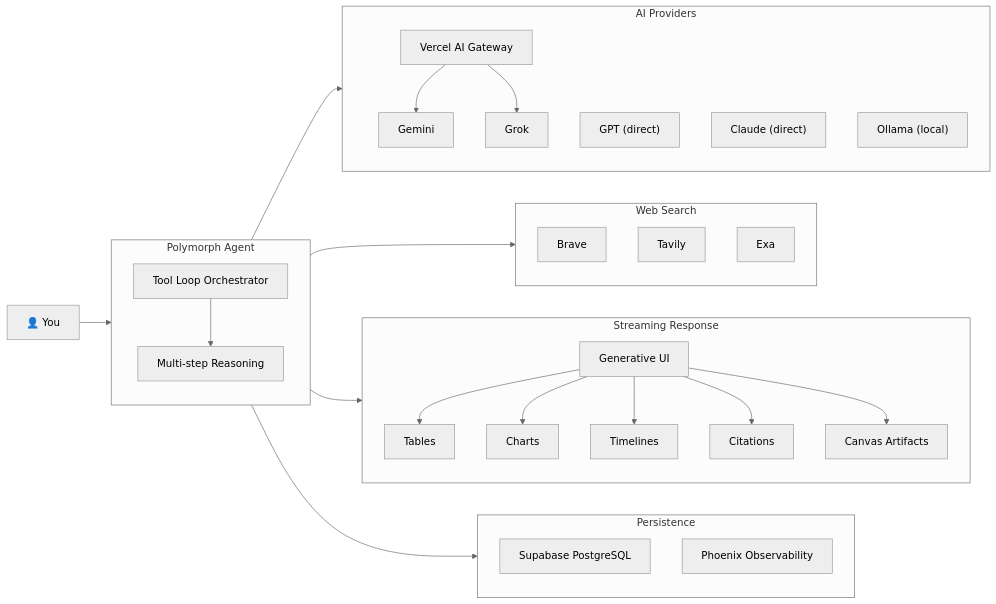
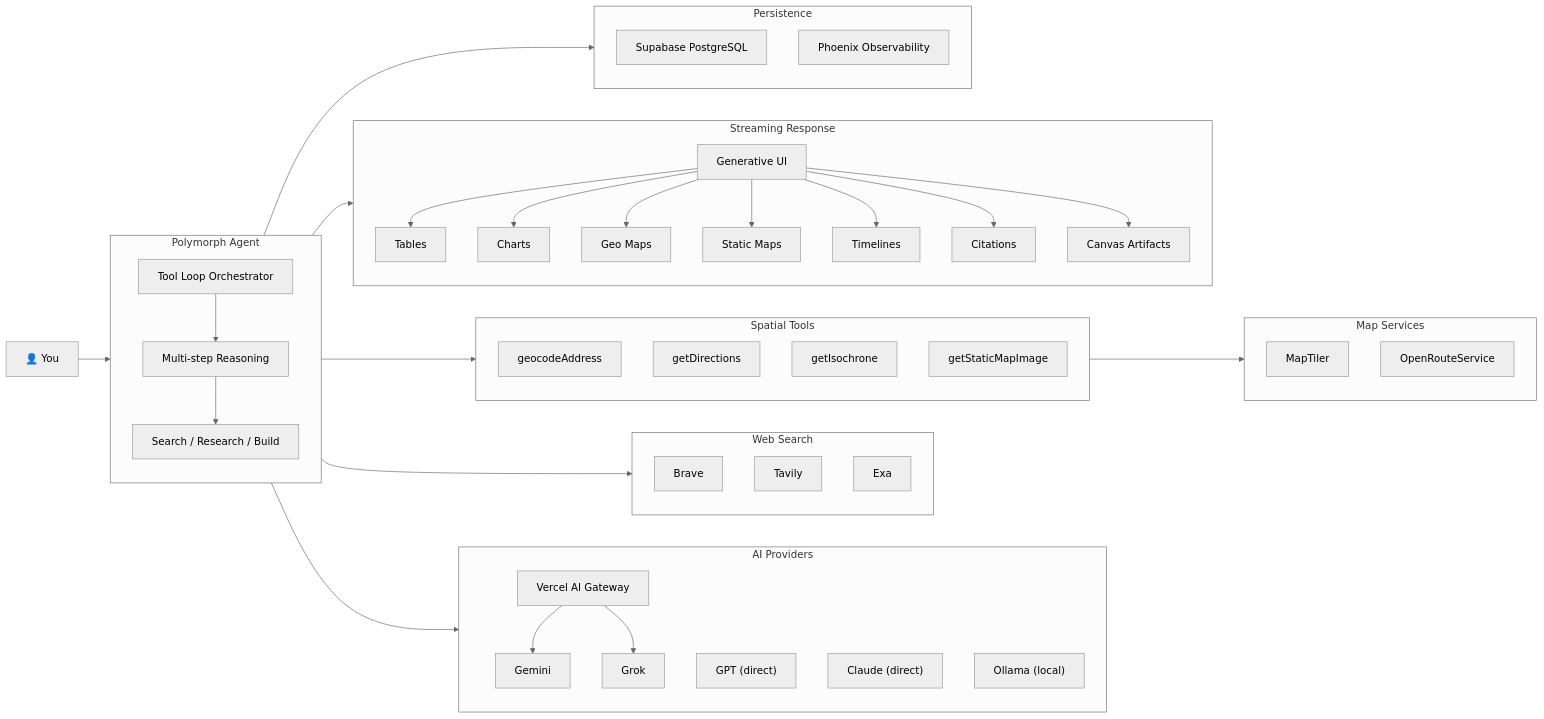
Before and after one commit to NickB03/polymorph: the diagram in README.md, drawn with Mermaid (neutral theme). The commit also changed other lines of this file and 12 other files, not shown here.

Commit message:
docs: refresh architecture and feature references

````diff
--- a/README.md
+++ b/README.md
@@ -28,50 +30,67 @@
 ```mermaid
 graph LR
     User["👤 You"]
 
     subgraph Agent["Polymorph Agent"]
         direction TB
         Orchestrator["Tool Loop Orchestrator"]
         Reasoning["Multi-step Reasoning"]
-        Orchestrator --> Reasoning
+        Modes["Search / Research / Build"]
+        Orchestrator --> Reasoning --> Modes
     end
 
     subgraph Providers["AI Providers"]
         direction TB
         Gateway["Vercel AI Gateway"]
         Gemini["Gemini"]
         Grok["Grok"]
         Gateway --> Gemini & Grok
         GPT["GPT (direct)"]
         Claude["Claude (direct)"]
         Ollama["Ollama (local)"]
     end
 
     subgraph Search["Web Search"]
         Brave["Brave"]
         Tavily["Tavily"]
         Exa["Exa"]
     end
 
+    subgraph Geo["Spatial Tools"]
+        Geocode["geocodeAddress"]
+        Directions["getDirections"]
+        Isochrone["getIsochrone"]
+        StaticMap["getStaticMapImage"]
+    end
+
+    subgraph MapServices["Map Services"]
+        MapTiler["MapTiler"]
+        ORS["OpenRouteService"]
+    end
+
     subgraph Response["Streaming Response"]
         direction TB
         GenUI["Generative UI"]
         Tables["Tables"]
         Charts["Charts"]
+        GeoMaps["Geo Maps"]
+        StaticMaps["Static Maps"]
         Timelines["Timelines"]
         Citations["Citations"]
         Canvas["Canvas Artifacts"]
-        GenUI --> Tables & Charts & Timelines & Citations & Canvas
+        GenUI --> Tables & Charts & GeoMaps & StaticMaps & Timelines & Citations & Canvas
     end
 
     subgraph Data["Persistence"]
         Supabase["Supabase PostgreSQL"]
         Phoenix["Phoenix Observability"]
     end
 
     User --> Agent
     Agent --> Providers
     Agent --> Search
+    Agent --> Geo
+    Geo --> MapServices
     Agent --> Response
     Agent --> Data
 ```
````
